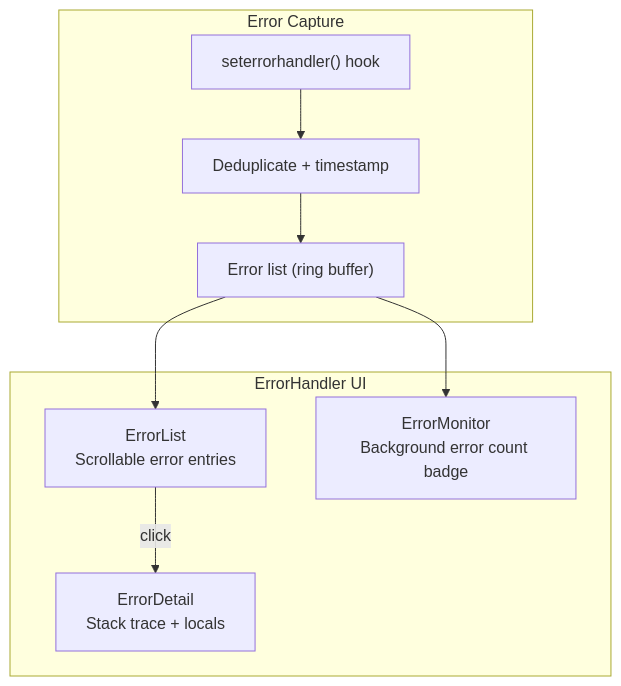
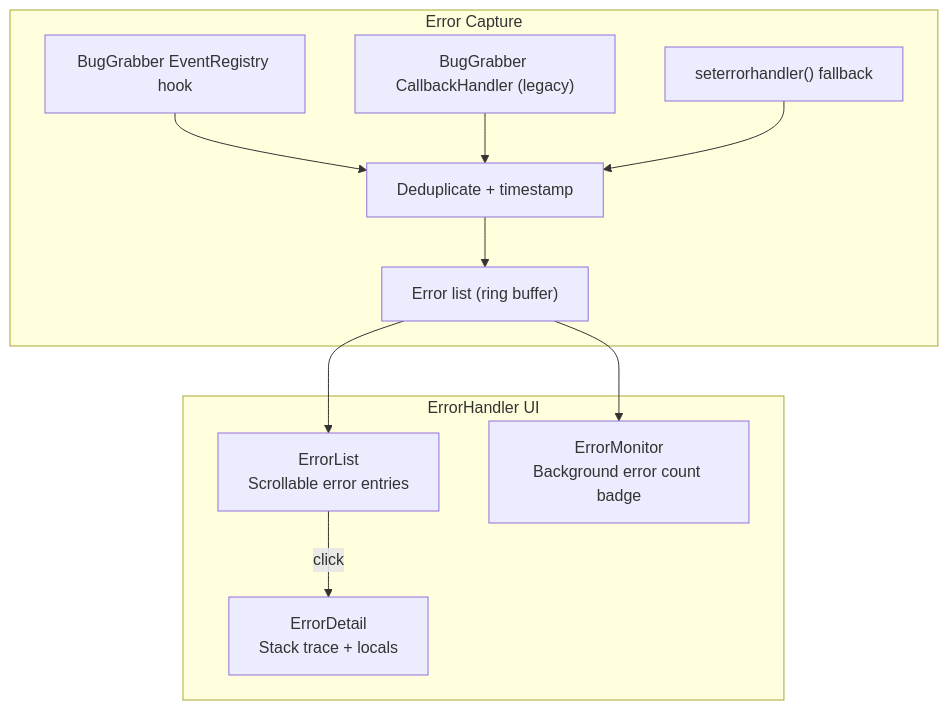
One commit to hatdragon/DevForge changed diagram 17 of 17 in ARCHITECTURE.md. Above: the diagram before and after it, drawn with Mermaid. The commit also changed other lines of this file and 4 other files, not shown here.

First line of the commit message:
Update docs for r1.0.13: changelog, Sound Browser, BugGrabber notes

````diff
--- a/ARCHITECTURE.md
+++ b/ARCHITECTURE.md
@@ -751,19 +754,23 @@
 ```mermaid
 flowchart TD
     subgraph Capture["Error Capture"]
-        HOOK["seterrorhandler() hook"]
+        BG["BugGrabber EventRegistry hook"]
+        BGLEG["BugGrabber CallbackHandler (legacy)"]
+        HOOK["seterrorhandler() fallback"]
         FILTER["Deduplicate + timestamp"]
         STORE["Error list (ring buffer)"]
     end
 
     subgraph UI["ErrorHandler UI"]
         LIST["ErrorList<br/>Scrollable error entries"]
         DETAIL["ErrorDetail<br/>Stack trace + locals"]
         MONITOR["ErrorMonitor<br/>Background error count badge"]
     end
 
+    BG --> FILTER
+    BGLEG --> FILTER
     HOOK --> FILTER --> STORE
     STORE --> LIST
     LIST -->|click| DETAIL
     STORE --> MONITOR
 ```
````
